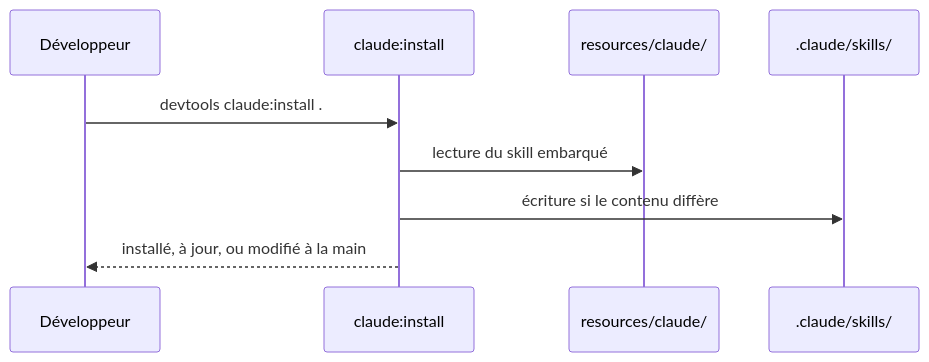
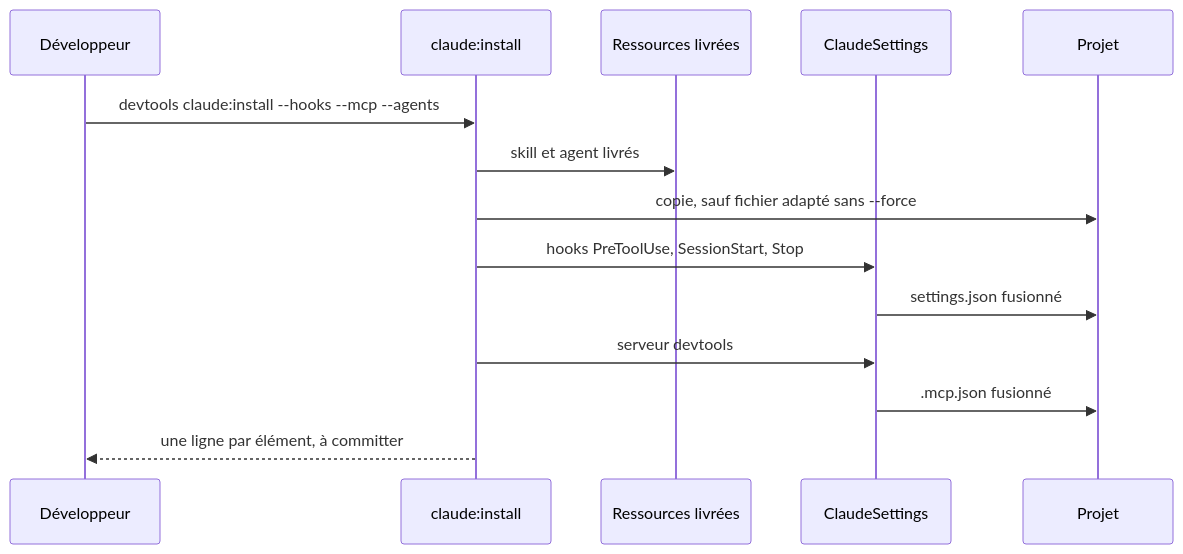
One commit to jul6art/devtools changed the first of 8 diagrams in docs/workflows/commands/claude.install.md. Above: the diagram before and after it, drawn with Mermaid. The commit also changed other lines of this file and 98 other files, not shown here.

````diff
--- a/docs/workflows/commands/claude.install.md
+++ b/docs/workflows/commands/claude.install.md
@@ -18,11 +18,16 @@
 ```mermaid
 sequenceDiagram
   participant U as Développeur
   participant C as claude:install
-  participant R as resources/claude/
-  participant P as .claude/skills/
-  U->>C: devtools claude:install .
-  C->>R: lecture du skill embarqué
-  C->>P: écriture si le contenu diffère
-  C-->>U: installé, à jour, ou modifié à la main
+  participant R as Ressources livrées
+  participant S as ClaudeSettings
+  participant P as Projet
+  U->>C: devtools claude:install --hooks --mcp --agents
+  C->>R: skill et agent livrés
+  C->>P: copie, sauf fichier adapté sans --force
+  C->>S: hooks PreToolUse, SessionStart, Stop
+  S->>P: settings.json fusionné
+  C->>S: serveur devtools
+  S->>P: .mcp.json fusionné
+  C-->>U: une ligne par élément, à committer
 ```
````
